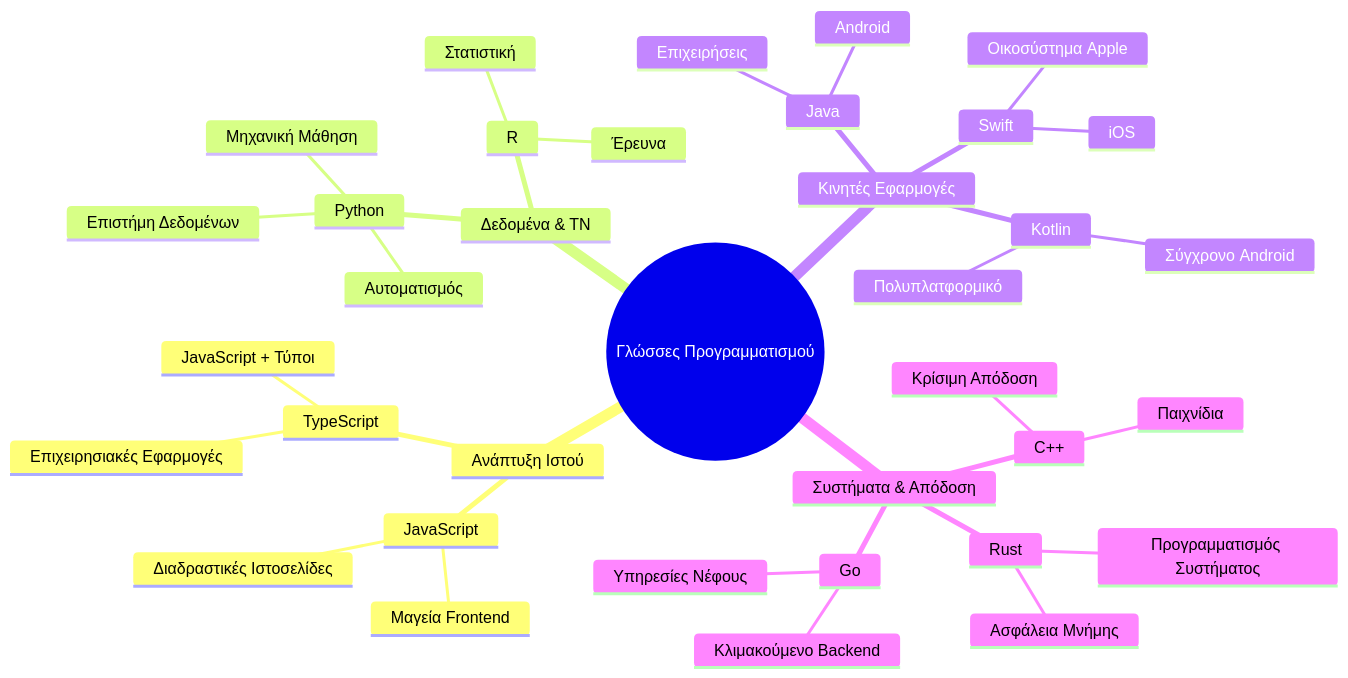
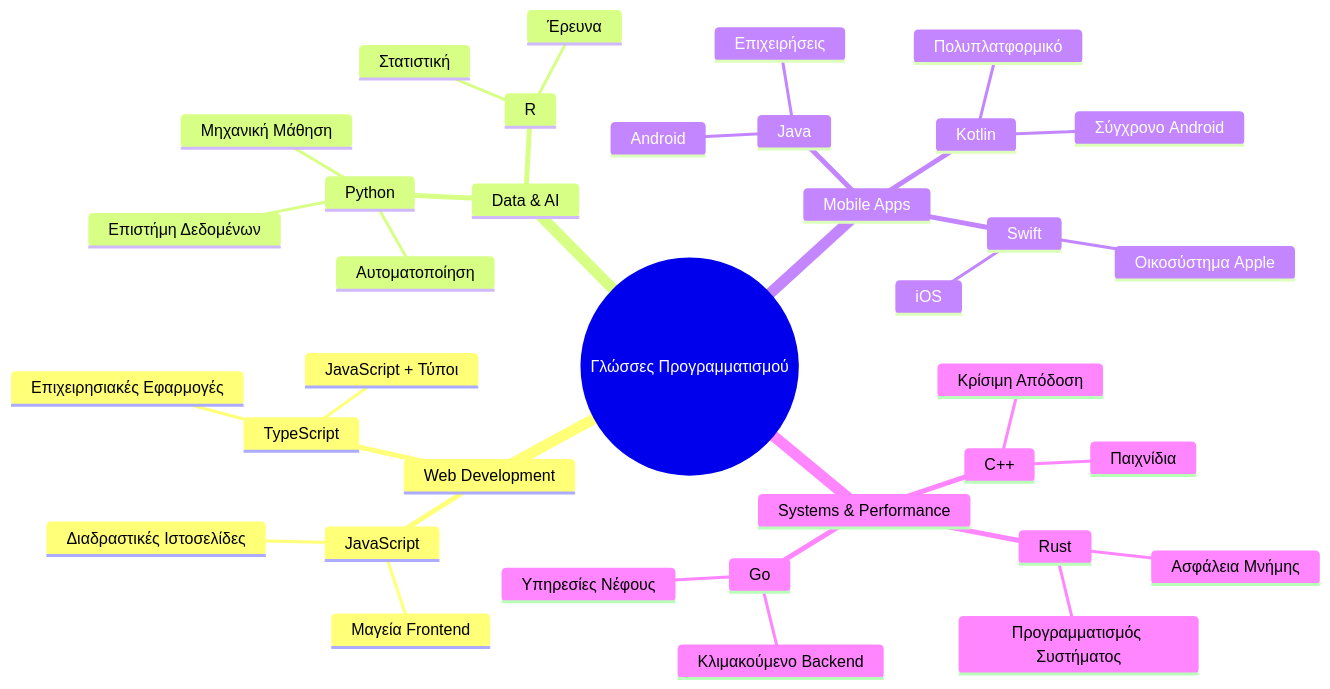
Before and after one commit to microsoft/Web-Dev-For-Beginners: the second of 7 diagrams in translations/el/1-getting-started-lessons/1-intro-to-programming-languages/README.md, drawn with Mermaid. The commit also changed other lines of this file and 11 other files, not shown here.

````diff
--- a/translations/el/1-getting-started-lessons/1-intro-to-programming-languages/README.md
+++ b/translations/el/1-getting-started-lessons/1-intro-to-programming-languages/README.md
@@ -84,39 +85,39 @@
 ```mermaid
 mindmap
   root((Γλώσσες Προγραμματισμού))
-    Ανάπτυξη Ιστού
+    Web Development
       JavaScript
         Μαγεία Frontend
         Διαδραστικές Ιστοσελίδες
       TypeScript
         JavaScript + Τύποι
         Επιχειρησιακές Εφαρμογές
-    Δεδομένα & ΤΝ
+    Data & AI
       Python
         Επιστήμη Δεδομένων
         Μηχανική Μάθηση
-        Αυτοματισμός
+        Αυτοματοποίηση
       R
         Στατιστική
         Έρευνα
-    Κινητές Εφαρμογές
+    Mobile Apps
       Java
         Android
         Επιχειρήσεις
       Swift
         iOS
         Οικοσύστημα Apple
       Kotlin
         Σύγχρονο Android
         Πολυπλατφορμικό
-    Συστήματα & Απόδοση
+    Systems & Performance
       C++
         Παιχνίδια
         Κρίσιμη Απόδοση
       Rust
         Ασφάλεια Μνήμης
         Προγραμματισμός Συστήματος
       Go
         Υπηρεσίες Νέφους
         Κλιμακούμενο Backend
 ```
````
